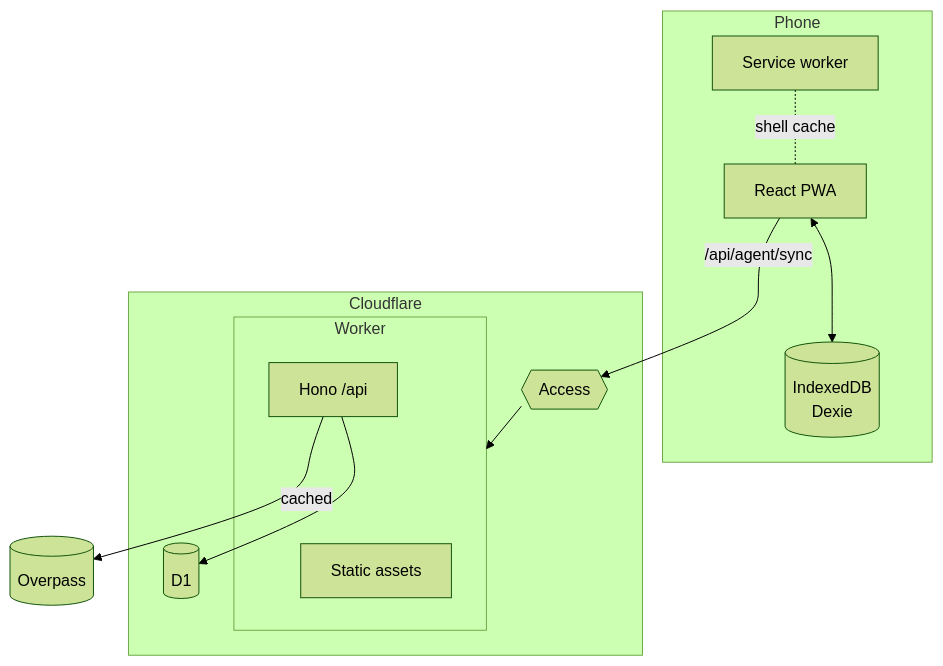
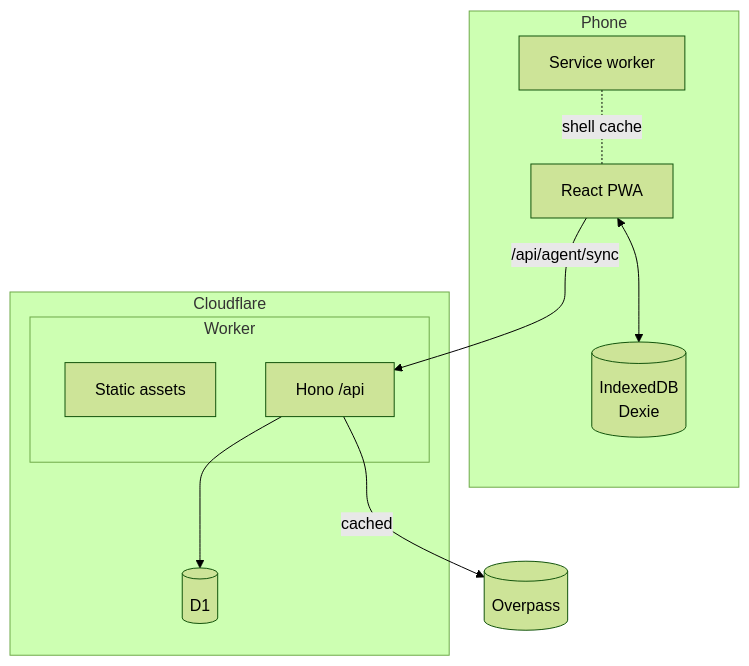
One commit to FixByteStudio/captain-prospectus changed the second of 3 diagrams in docs/architecture.md. Above: the diagram before and after it, drawn with Mermaid (forest theme). The commit also changed other lines of this file and 15 other files, not shown here.

````diff
--- a/docs/architecture.md
+++ b/docs/architecture.md
@@ -26,17 +25,16 @@
 ```mermaid
 flowchart TB
   subgraph Phone
     ui[React PWA] <--> dexie[(IndexedDB<br/>Dexie)]
     sw[Service worker] -. shell cache .- ui
   end
   subgraph Cloudflare
-    acc{{Access}} --> w
     subgraph w[Worker]
       assets[Static assets]
       api[Hono /api]
     end
     api --> d1[(D1)]
   end
-  ui -->|/api/agent/sync| acc
+  ui -->|/api/agent/sync| api
   api -->|cached| ovp[(Overpass)]
 ```
````
